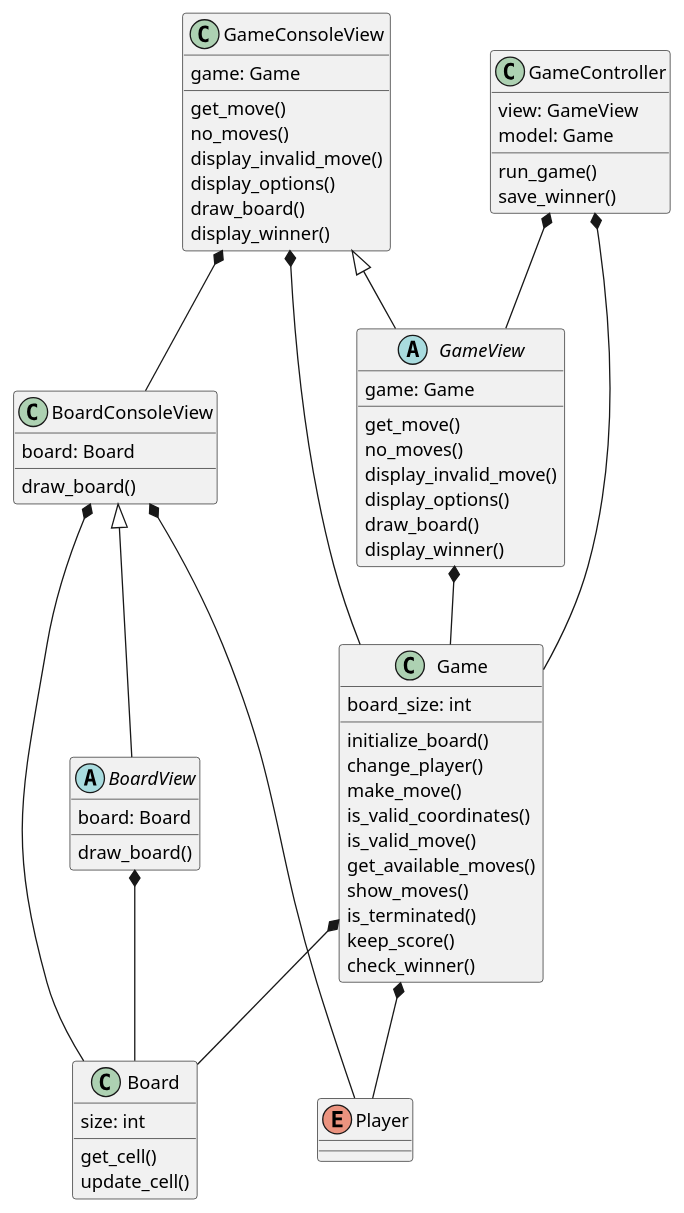
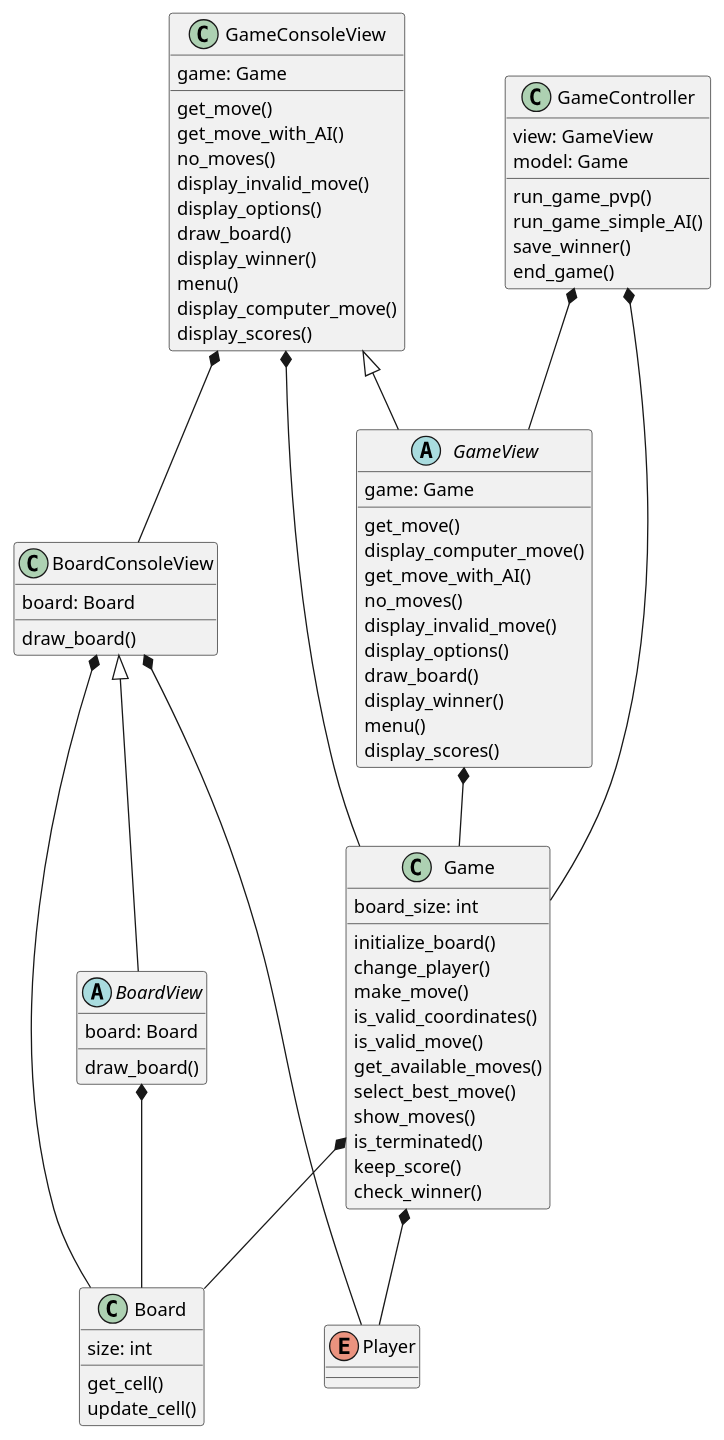
Before and after one commit to akuznetsova22/Reversi_game: the diagram in UML Python project.puml, drawn with PlantUML. The commit also changed 1 other file, not shown here.

Commit message:
updated architecture scheme

```diff
--- a/UML Python project.puml
+++ b/UML Python project.puml
@@ -1,72 +1,83 @@
 @startuml
 class GameController{
     view: GameView
     model: Game
-    run_game()
+    run_game_pvp()
+    run_game_simple_AI()
     save_winner()
+    end_game()
 }
 class Board{
     size: int
     get_cell()
     update_cell()
 }
 class Game{
     board_size: int
     initialize_board()
     change_player()
     make_move()
     is_valid_coordinates()
     is_valid_move()
     get_available_moves()
+    select_best_move()
     show_moves()
     is_terminated()
     keep_score()
     check_winner()
 }
 enum Player{
 }
 
 class BoardConsoleView{
     board: Board
     draw_board()
 }
 
 abstract class BoardView{
     board: Board
     draw_board()
 }
 
 class GameConsoleView{
     game: Game
     get_move()
+    get_move_with_AI()
     no_moves()
     display_invalid_move()
     display_options()
     draw_board()
     display_winner()
+    menu()
+    display_computer_move()
+    display_scores()
 }
 
 abstract class GameView{
     game: Game
     get_move()
+    display_computer_move()
+    get_move_with_AI()
     no_moves()
     display_invalid_move()
     display_options()
     draw_board()
     display_winner()
+    menu()
+    display_scores()
 }
 Game *-- Player
 Game *-- Board
 BoardView *-- Board 
 GameView *-- Game
 BoardConsoleView *-- Board
 BoardConsoleView *-- Player
 BoardConsoleView <|--BoardView
 GameConsoleView *-- BoardConsoleView
 GameConsoleView *-- Game
 GameConsoleView <|-- GameView
 
 GameController *-- Game
 GameController *-- GameView
 
 @enduml
```
